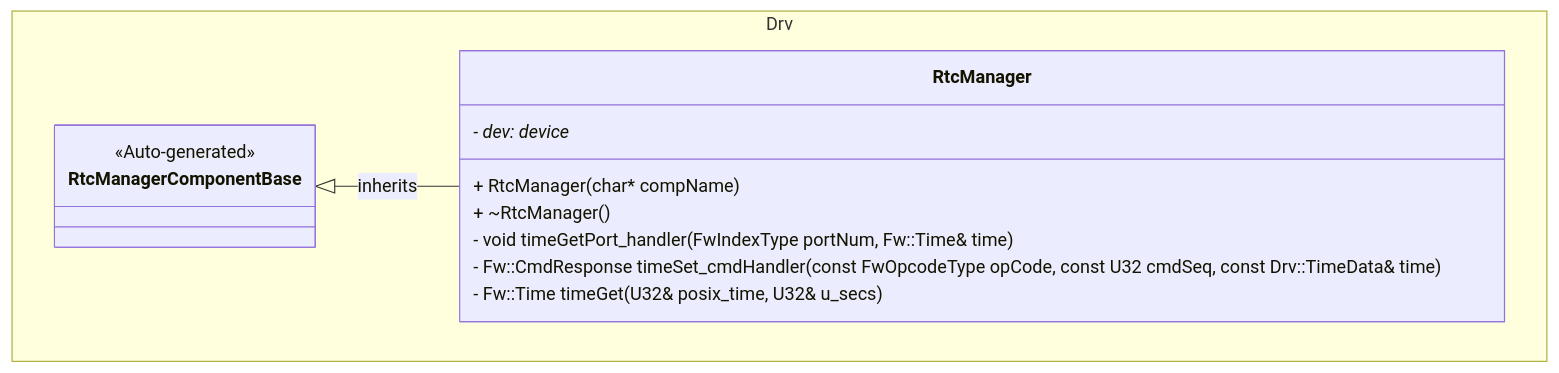
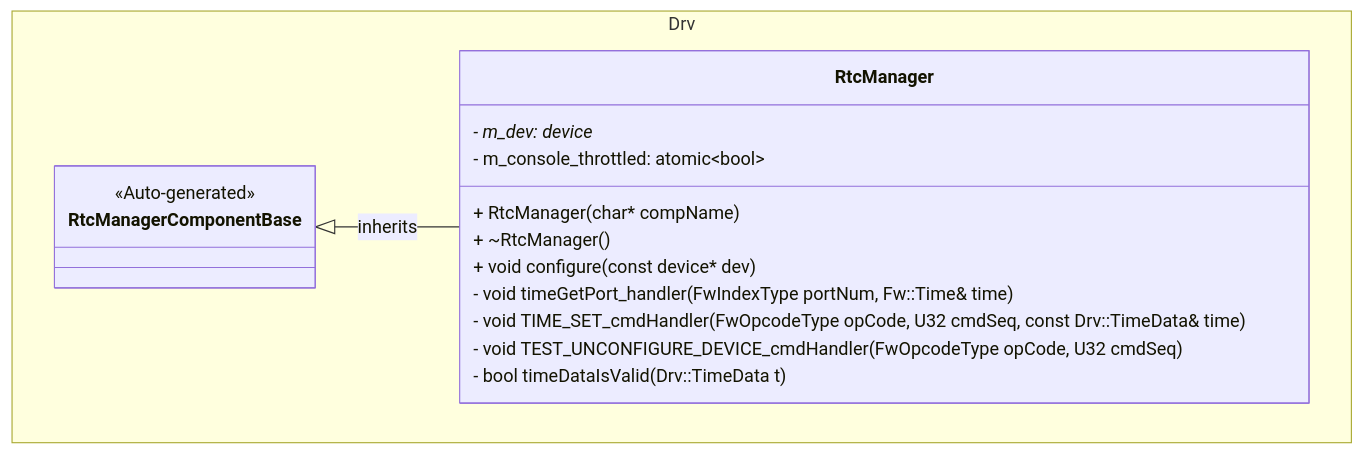
Before and after one commit to Open-Source-Space-Foundation/proves-core-reference: the first of 7 diagrams in FprimeZephyrReference/Components/Drv/RtcManager/docs/sdd.md, drawn with Mermaid. The commit also changed other lines of this file, not shown here.

````diff
--- a/FprimeZephyrReference/Components/Drv/RtcManager/docs/sdd.md
+++ b/FprimeZephyrReference/Components/Drv/RtcManager/docs/sdd.md
@@ -57,17 +69,20 @@
 ```mermaid
 classDiagram
     namespace Drv {
         class RtcManagerComponentBase {
             <<Auto-generated>>
         }
         class RtcManager {
-            - dev: device*
+            - m_dev: device*
+            - m_console_throttled: atomic~bool~
             + RtcManager(char* compName)
             + ~RtcManager()
+            + void configure(const device* dev)
             - void timeGetPort_handler(FwIndexType portNum, Fw::Time& time)
-            - Fw::CmdResponse timeSet_cmdHandler(const FwOpcodeType opCode, const U32 cmdSeq, const Drv::TimeData& time)
-            - Fw::Time timeGet(U32& posix_time, U32& u_secs)
+            - void TIME_SET_cmdHandler(FwOpcodeType opCode, U32 cmdSeq, const Drv::TimeData& time)
+            - void TEST_UNCONFIGURE_DEVICE_cmdHandler(FwOpcodeType opCode, U32 cmdSeq)
+            - bool timeDataIsValid(Drv::TimeData t)
         }
     }
     RtcManagerComponentBase <|-- RtcManager : inherits
 ```
````
